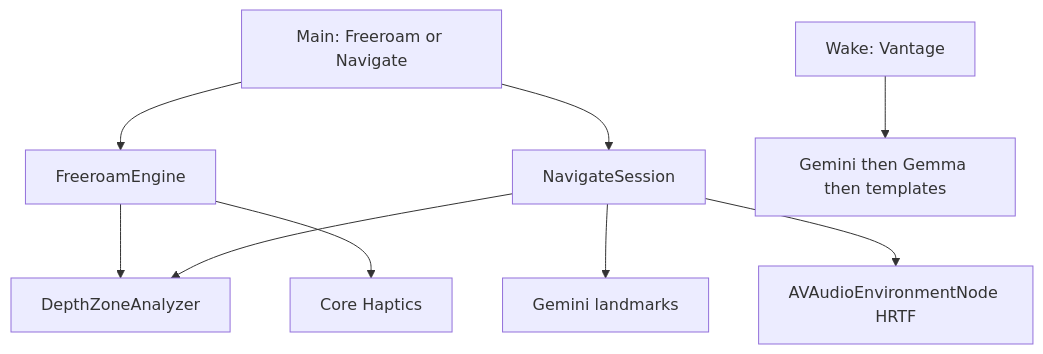
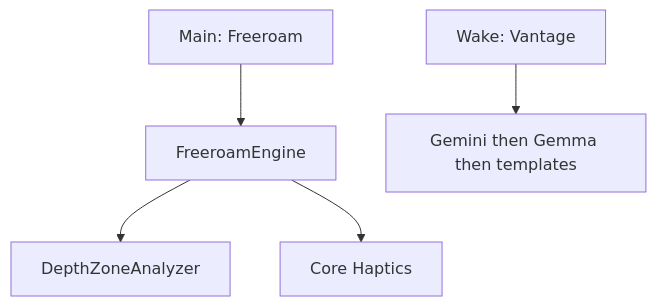
One commit to prathamwankhede/Vantage changed the diagram in PLAN.md. Above: the diagram before and after it, drawn with Mermaid. The commit also changed other lines of this file and 5 other files, not shown here.

````diff
--- a/PLAN.md
+++ b/PLAN.md
@@ -11,11 +11,7 @@
 ```mermaid
 flowchart TD
-  Main[Main: Freeroam or Navigate] --> Freeroam[FreeroamEngine]
-  Main --> Navigate[NavigateSession]
+  Main[Main: Freeroam] --> Freeroam[FreeroamEngine]
   Freeroam --> Depth[DepthZoneAnalyzer]
   Freeroam --> Haptics[Core Haptics]
-  Navigate --> Gemini[Gemini landmarks]
-  Navigate --> HRTF[AVAudioEnvironmentNode HRTF]
-  Navigate --> Depth
   Ask[Wake: Vantage] --> SceneAI[Gemini then Gemma then templates]
 ```
````
